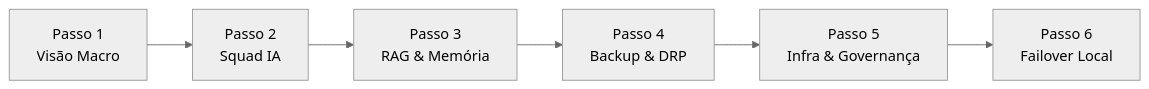
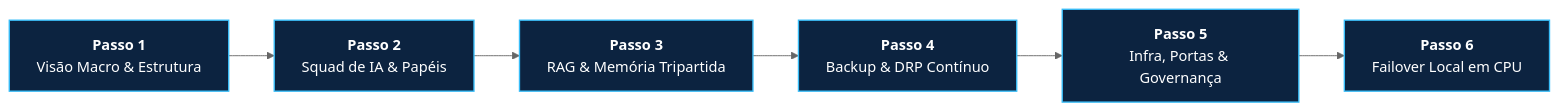
One commit to EnterDufter/PromptCoreLabs_AEOS changed the second of 4 diagrams in README.md. Above: the diagram before and after it, drawn with Mermaid (neutral theme). The commit also changed other lines of this file and 8 other files, not shown here.

Commit message:
docs(mermaid): padronizar 15 diagramas calibrados v7 no repo, github pages e skill cortex

````diff
--- a/README.md
+++ b/README.md
@@ -104,8 +112,6 @@
 ```mermaid
 flowchart LR
-    P1["Passo 1<br/>Visão Macro"] --> P2["Passo 2<br/>Squad IA"]
-    P2 --> P3["Passo 3<br/>RAG & Memória"]
-    P3 --> P4["Passo 4<br/>Backup & DRP"]
-    P4 --> P5["Passo 5<br/>Infra & Governança"]
-    P5 --> P6["Passo 6<br/>Failover Local"]
+    classDef step fill:#0c2340,stroke:#38bdf8,stroke-width:1.5px,color:#ffffff;
+
+    P1["<b>Passo 1</b><br/>Visão Macro & Estrutura"]:::step --> P2["<b>Passo 2</b><br/>Squad de IA & Papéis"]:::step --> P3["<b>Passo 3</b><br/>RAG & Memória Tripartida"]:::step --> P4["<b>Passo 4</b><br/>Backup & DRP Contínuo"]:::step --> P5["<b>Passo 5</b><br/>Infra, Portas & Governança"]:::step --> P6["<b>Passo 6</b><br/>Failover Local em CPU"]:::step
 ```
````
